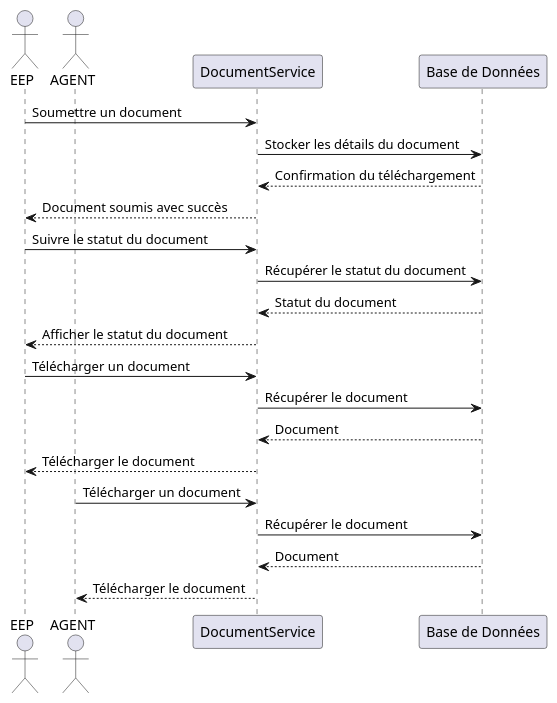
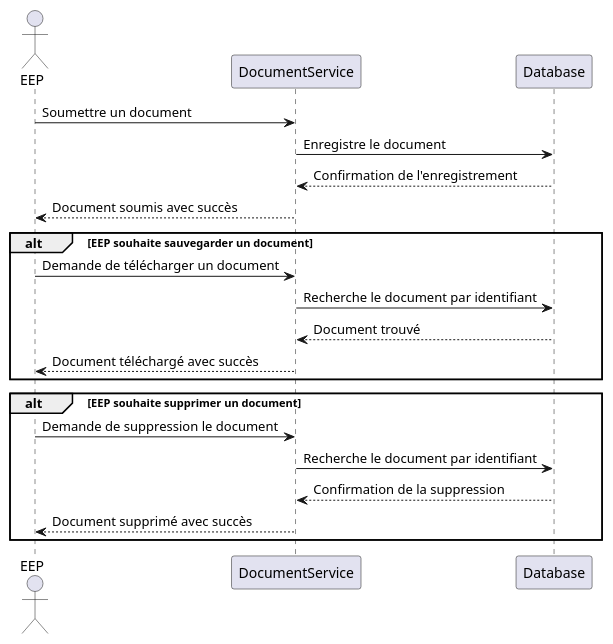
The diagram in file.puml (yassxr/pfe), drawn with PlantUML before and after one commit. The commit also changed other lines of this file and 50 other files, not shown here.

```diff
--- a/file.puml
+++ b/file.puml
@@ -1,28 +1,24 @@
 @startuml file
 actor EEP
-actor AGENT
-
-participant "DocumentService" as DocumentService
-participant "Base de Données" as BD
+participant DocumentService
+participant Database
 
 EEP -> DocumentService: Soumettre un document
-DocumentService -> BD: Stocker les détails du document
-BD --> DocumentService: Confirmation du téléchargement
+DocumentService -> Database: Enregistre le document
+Database --> DocumentService: Confirmation de l'enregistrement
 DocumentService --> EEP: Document soumis avec succès
 
-EEP -> DocumentService: Suivre le statut du document
-DocumentService -> BD: Récupérer le statut du document
-BD --> DocumentService: Statut du document
-DocumentService --> EEP: Afficher le statut du document
+alt EEP souhaite sauvegarder un document
+    EEP -> DocumentService: Demande de télécharger un document
+    DocumentService -> Database: Recherche le document par identifiant
+    Database --> DocumentService: Document trouvé
+    DocumentService --> EEP: Document téléchargé avec succès
+end
 
-EEP -> DocumentService: Télécharger un document
-DocumentService -> BD: Récupérer le document
-BD --> DocumentService: Document
-DocumentService --> EEP: Télécharger le document
-
-AGENT -> DocumentService: Télécharger un document
-DocumentService -> BD: Récupérer le document
-BD --> DocumentService: Document
-DocumentService --> AGENT: Télécharger le document
-
+alt EEP souhaite supprimer un document
+    EEP -> DocumentService: Demande de suppression le document
+    DocumentService -> Database: Recherche le document par identifiant
+    Database --> DocumentService: Confirmation de la suppression
+    DocumentService --> EEP: Document supprimé avec succès
+end
 @enduml
```
